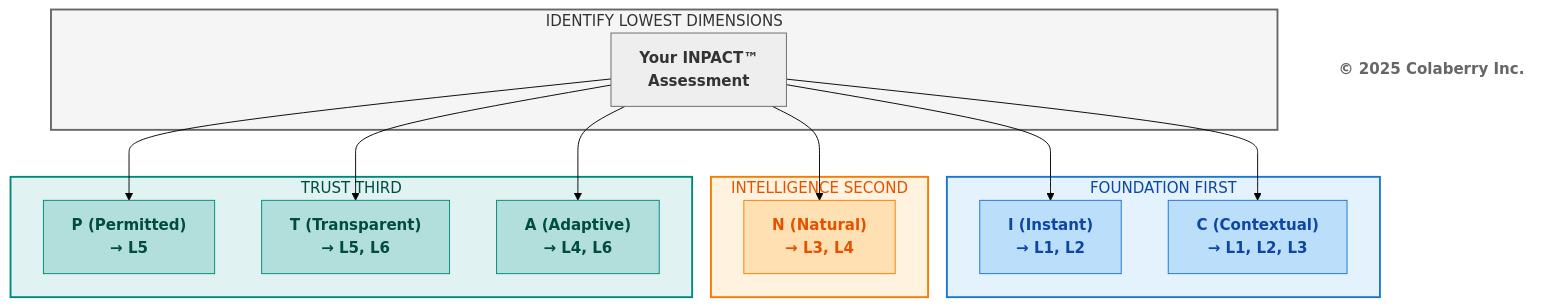
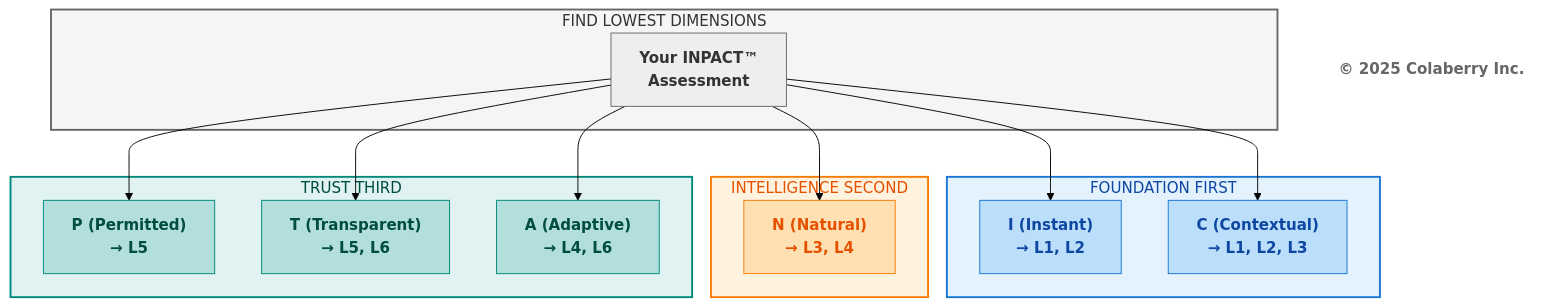
The sixth of 6 diagrams in manuscript/10_chapter_9_measuring_agent_readiness.md (colaberry/trust-before-intelligence-book), drawn with Mermaid (forest theme) before and after one commit. The commit also changed 1 other file, not shown here.

Commit message:
Clearning up diagrams.

````diff
--- a/manuscript/10_chapter_9_measuring_agent_readiness.md
+++ b/manuscript/10_chapter_9_measuring_agent_readiness.md
@@ -1250,43 +1250,43 @@
 ```mermaid
 graph TD
-    subgraph ASSESS["IDENTIFY LOWEST DIMENSIONS"]
+    subgraph ASSESS["FIND LOWEST DIMENSIONS"]
         A["<b>Your INPACT™<br/>Assessment</b>"]
     end
     
     subgraph FOUND["FOUNDATION FIRST"]
         F1["<b>I (Instant)</b><br/><b>→ L1, L2</b>"]
         F2["<b>C (Contextual)</b><br/><b>→ L1, L2, L3</b>"]
     end
     
     subgraph INTEL["INTELLIGENCE SECOND"]
         I1["<b>N (Natural)</b><br/><b>→ L3, L4</b>"]
     end
     
     subgraph TRUST["TRUST THIRD"]
         T1["<b>P (Permitted)</b><br/><b>→ L5</b>"]
         T2["<b>T (Transparent)</b><br/><b>→ L5, L6</b>"]
         T3["<b>A (Adaptive)</b><br/><b>→ L4, L6</b>"]
     end
     
     A --> F1
     A --> F2
     A --> I1
     A --> T1
     A --> T2
     A --> T3
     
     Copyright["<b>© 2025 Colaberry Inc.</b>"]
     
     style ASSESS fill:#f5f5f5,stroke:#666666,stroke-width:2px,color:#333333
     style FOUND fill:#e3f2fd,stroke:#1976d2,stroke-width:2px,color:#0d47a1
     style INTEL fill:#fff3e0,stroke:#f57c00,stroke-width:2px,color:#e65100
     style TRUST fill:#e0f2f1,stroke:#00897b,stroke-width:2px,color:#004d40
     style A fill:#eeeeee,stroke:#666666,color:#333333
     style F1 fill:#bbdefb,stroke:#1976d2,color:#0d47a1
     style F2 fill:#bbdefb,stroke:#1976d2,color:#0d47a1
     style I1 fill:#ffe0b2,stroke:#f57c00,color:#e65100
     style T1 fill:#b2dfdb,stroke:#00897b,color:#004d40
     style T2 fill:#b2dfdb,stroke:#00897b,color:#004d40
     style T3 fill:#b2dfdb,stroke:#00897b,color:#004d40
     style Copyright fill:#ffffff,stroke:none,color:#666666
 ```
````
